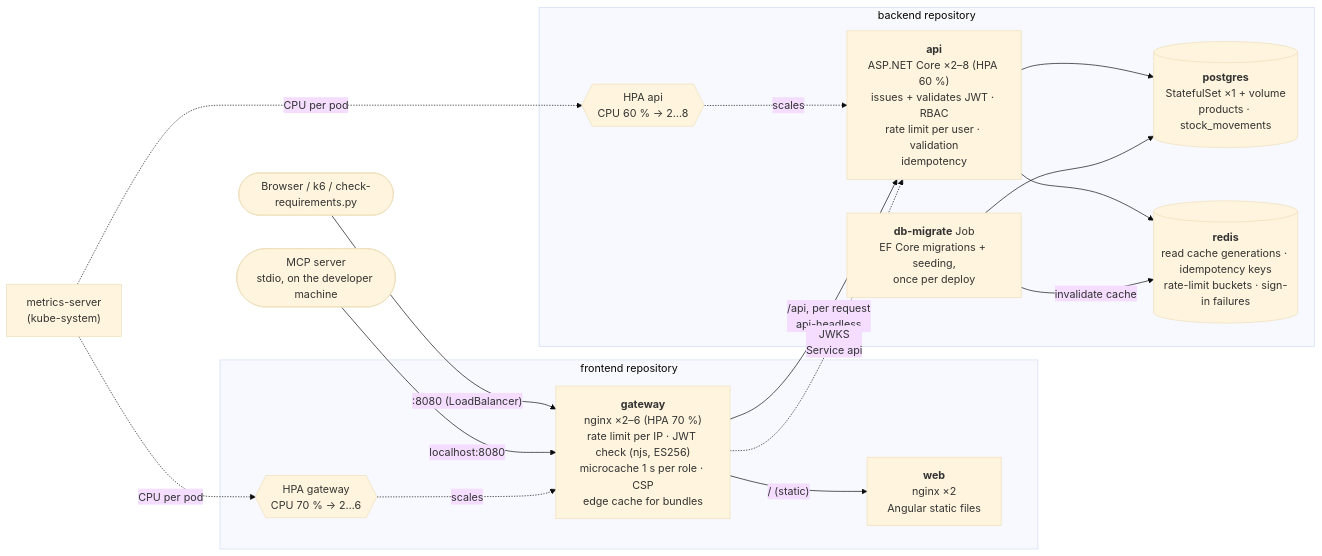
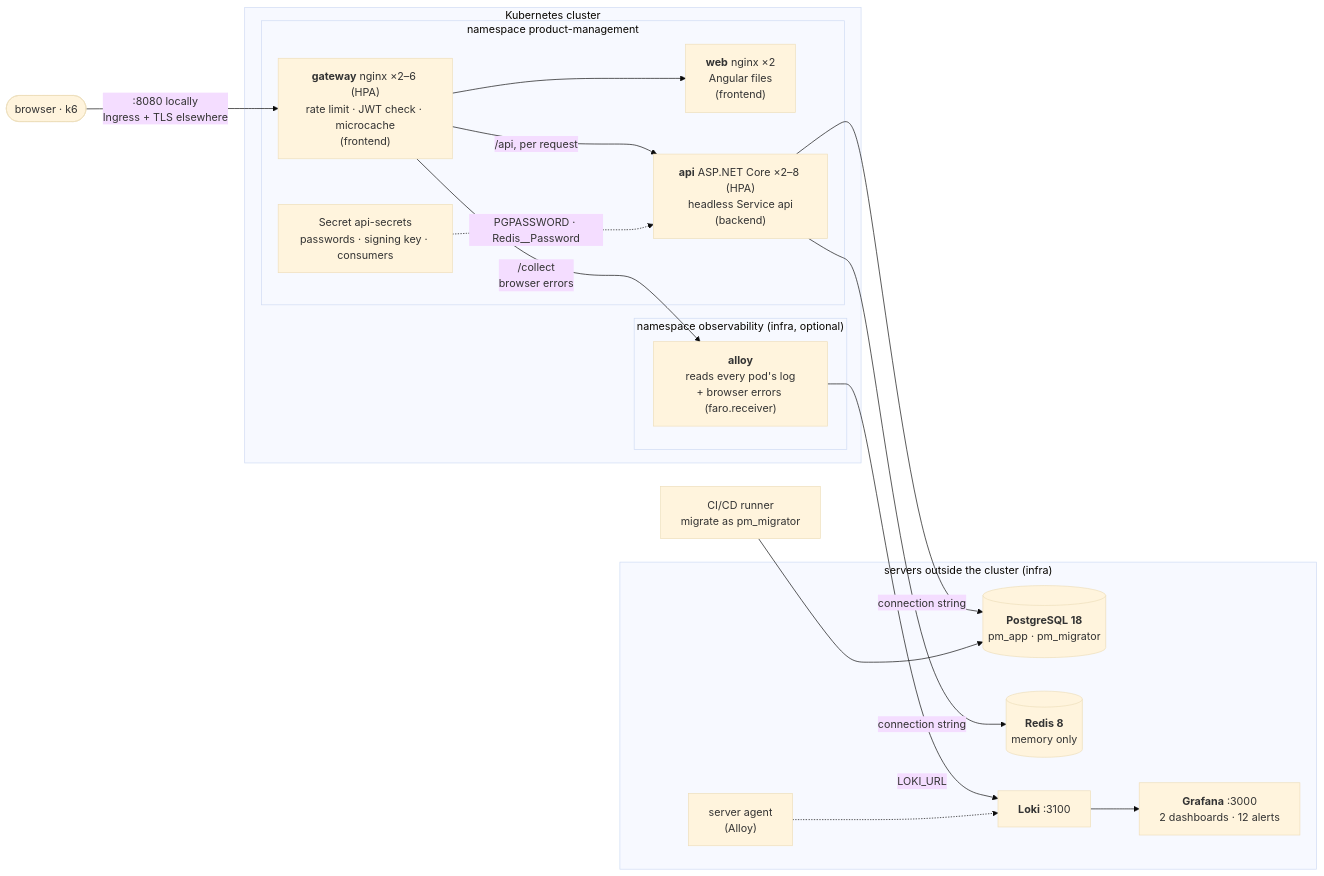
The first of 2 diagrams in docs/architecture.md (RubenCipriano/zeiss-product-management), drawn with Mermaid (base theme) before and after one commit. The commit also changed other lines of this file and 50 other files, not shown here.

````diff
--- a/docs/architecture.md
+++ b/docs/architecture.md
@@ -23,30 +34,37 @@
 ```mermaid
 flowchart LR
-    user([Browser / k6 / check-requirements.py]) -->|":8080 (LoadBalancer)"| gw
-    mcp(["MCP server<br/>stdio, on the developer machine"]) -->|"localhost:8080"| gw
+    user(["browser · k6"]) -->|":8080 locally<br/>Ingress + TLS elsewhere"| gw
 
-    subgraph frontend["frontend repository"]
-        gw["<b>gateway</b><br/>nginx ×2–6 (HPA 70 %)<br/>rate limit per IP · JWT check (njs, ES256)<br/>microcache 1 s per role · CSP<br/>edge cache for bundles"]
-        web["<b>web</b><br/>nginx ×2<br/>Angular static files"]
-        hgw{{"HPA gateway<br/>CPU 70 % → 2…6"}}
+    subgraph cluster["Kubernetes cluster"]
+        subgraph pm["namespace product-management"]
+            gw["<b>gateway</b> nginx ×2–6 (HPA)<br/>rate limit · JWT check · microcache<br/>(frontend)"]
+            web["<b>web</b> nginx ×2<br/>Angular files<br/>(frontend)"]
+            api["<b>api</b> ASP.NET Core ×2–8 (HPA)<br/>headless Service api<br/>(backend)"]
+            sec["Secret api-secrets<br/>passwords · signing key · consumers"]
+        end
+        subgraph obs["namespace observability (infra, optional)"]
+            alloy["<b>alloy</b><br/>reads every pod's log<br/>+ browser errors (faro.receiver)"]
+        end
     end
 
-    subgraph backend["backend repository"]
-        api["<b>api</b><br/>ASP.NET Core ×2–8 (HPA 60 %)<br/>issues + validates JWT · RBAC<br/>rate limit per user · validation<br/>idempotency"]
-        pg[("<b>postgres</b><br/>StatefulSet ×1 + volume<br/>products · stock_movements")]
-        redis[("<b>redis</b><br/>read cache generations · idempotency keys<br/>rate-limit buckets · sign-in failures")]
-        job["<b>db-migrate</b> Job<br/>EF Core migrations + seeding,<br/>once per deploy"]
-        hapi{{"HPA api<br/>CPU 60 % → 2…8"}}
+    subgraph servers["servers outside the cluster (infra)"]
+        pg[("<b>PostgreSQL 18</b><br/>pm_app · pm_migrator")]
+        rd[("<b>Redis 8</b><br/>memory only")]
+        loki["<b>Loki</b> :3100"]
+        graf["<b>Grafana</b> :3000<br/>2 dashboards · 12 alerts"]
+        agent["server agent<br/>(Alloy)"]
     end
 
-    gw -->|"/ (static)"| web
-    gw -->|"/api, per request<br/>api-headless"| api
-    gw -.->|"JWKS<br/>Service api"| api
-    api --> pg
-    api --> redis
-    job --> pg
-    job -->|"invalidate cache"| redis
-    hapi -. scales .-> api
-    hgw -. scales .-> gw
-    ms["metrics-server<br/>(kube-system)"] -. CPU per pod .-> hapi & hgw
+    runner["CI/CD runner<br/>migrate as pm_migrator"]
+
+    gw --> web
+    gw -->|"/api, per request"| api
+    sec -.->|"PGPASSWORD · Redis__Password"| api
+    api -->|"connection string"| pg
+    api -->|"connection string"| rd
+    gw -->|"/collect<br/>browser errors"| alloy
+    alloy -->|"LOKI_URL"| loki
+    agent -.-> loki
+    loki --> graf
+    runner --> pg
 ```
````
